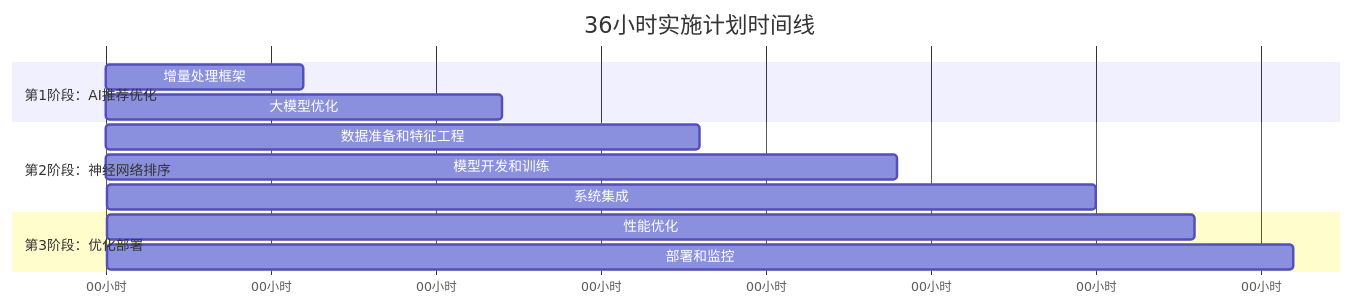
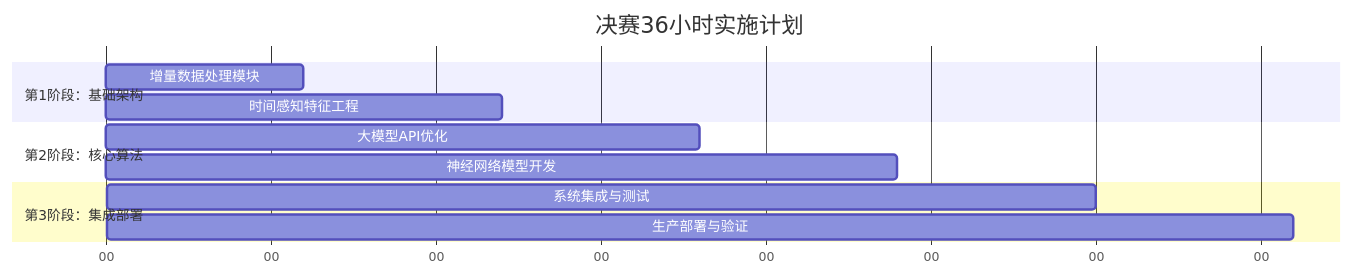
One commit to Abuluk/AI- changed the fourth of 7 diagrams in 最终迭代计划书.md. Above: the diagram before and after it, drawn with Mermaid. The commit also changed other lines of this file and 12 other files, not shown here.

````diff
--- a/最终迭代计划书.md
+++ b/最终迭代计划书.md
@@ -118,19 +239,18 @@
 ```mermaid
 gantt
-    title 36小时实施计划时间线
+    title 决赛36小时实施计划
     dateFormat X
-    axisFormat %H小时
+    axisFormat %H
     
-    section 第1阶段：AI推荐优化
-    增量处理框架    :0, 6
-    大模型优化      :6, 12
+    section 第1阶段：基础架构
+    增量数据处理模块    :0, 6
+    时间感知特征工程    :6, 12
     
-    section 第2阶段：神经网络排序
-    数据准备和特征工程  :12, 18
-    模型开发和训练    :18, 24
-    系统集成         :24, 30
+    section 第2阶段：核心算法
+    大模型API优化      :12, 18
+    神经网络模型开发    :18, 24
     
-    section 第3阶段：优化部署
-    性能优化        :30, 33
-    部署和监控       :33, 36
+    section 第3阶段：集成部署
+    系统集成与测试     :24, 30
+    生产部署与验证     :30, 36
 ```
````
